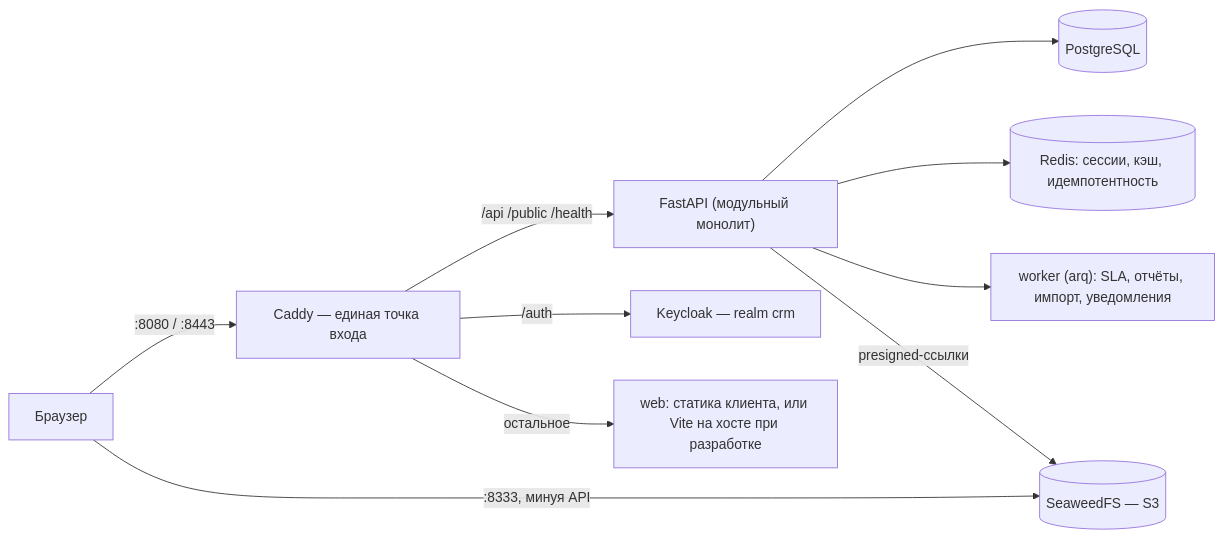
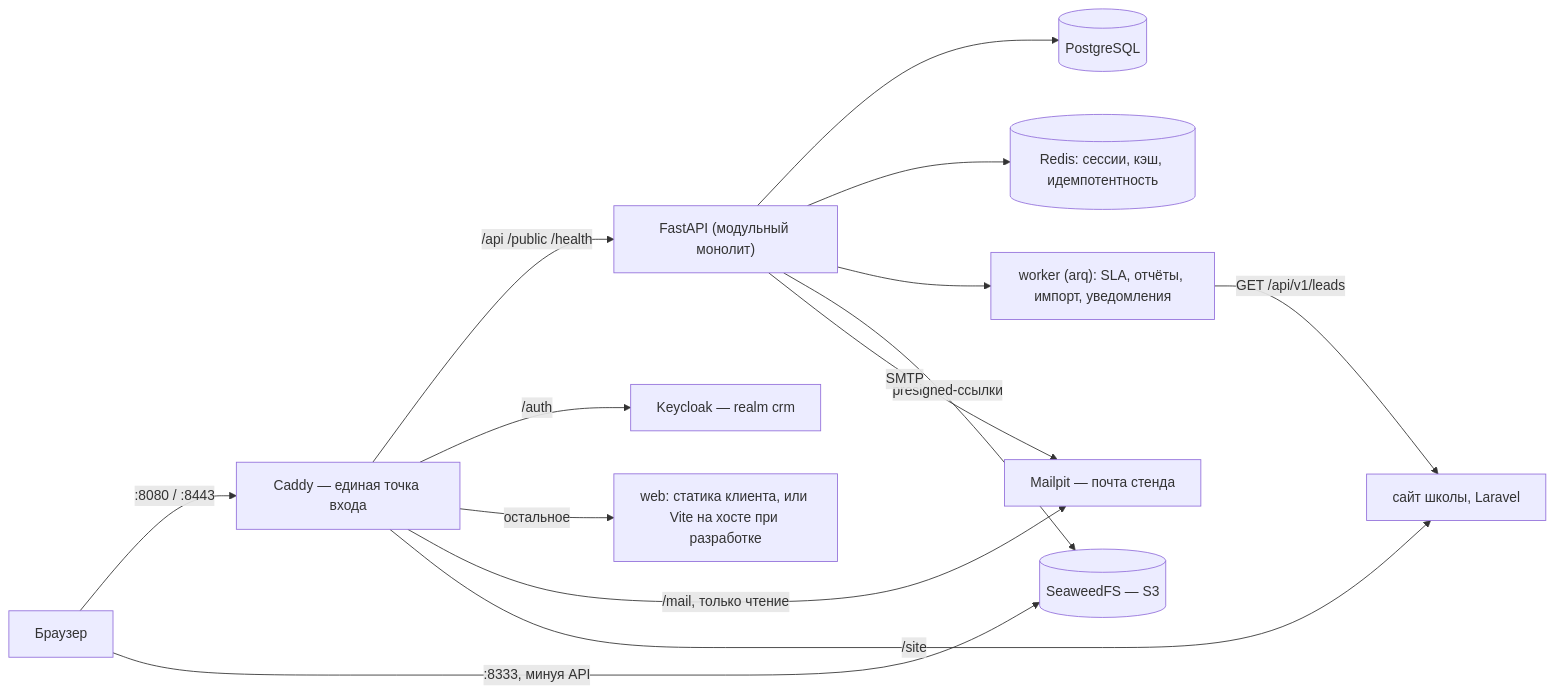
One commit to lct-testkit/.github changed the third of 3 diagrams in README.md. Above: the diagram before and after it, drawn with Mermaid. The commit also changed other lines of this file, not shown here.

Commit message:
docs(README): привести продукт к v0.6.1, раздел «Что изменилось с выхода в финал», таблица скорости (p95 при 50 RPS), почта, сайт, три ДЦ

````diff
--- a/README.md
+++ b/README.md
@@ -338,12 +452,16 @@
 ```mermaid
 flowchart LR
   U["Браузер"] -->|":8080 / :8443"| CD["Caddy — единая точка входа"]
   CD -->|"/api /public /health"| API["FastAPI (модульный монолит)"]
   CD -->|"/auth"| KC["Keycloak — realm crm"]
   CD -->|"остальное"| WEB["web: статика клиента, или Vite на хосте при разработке"]
   API --> PG[("PostgreSQL")]
   API --> RD[("Redis: сессии, кэш, идемпотентность")]
   API --> WK["worker (arq): SLA, отчёты, импорт, уведомления"]
   API -->|"presigned-ссылки"| S3[("SeaweedFS — S3")]
   U -->|":8333, минуя API"| S3
+  API -->|"SMTP"| ML["Mailpit — почта стенда"]
+  CD -->|"/mail, только чтение"| ML
+  CD -->|"/site"| SITE["сайт школы, Laravel"]
+  WK -->|"GET /api/v1/leads"| SITE
 ```
````
